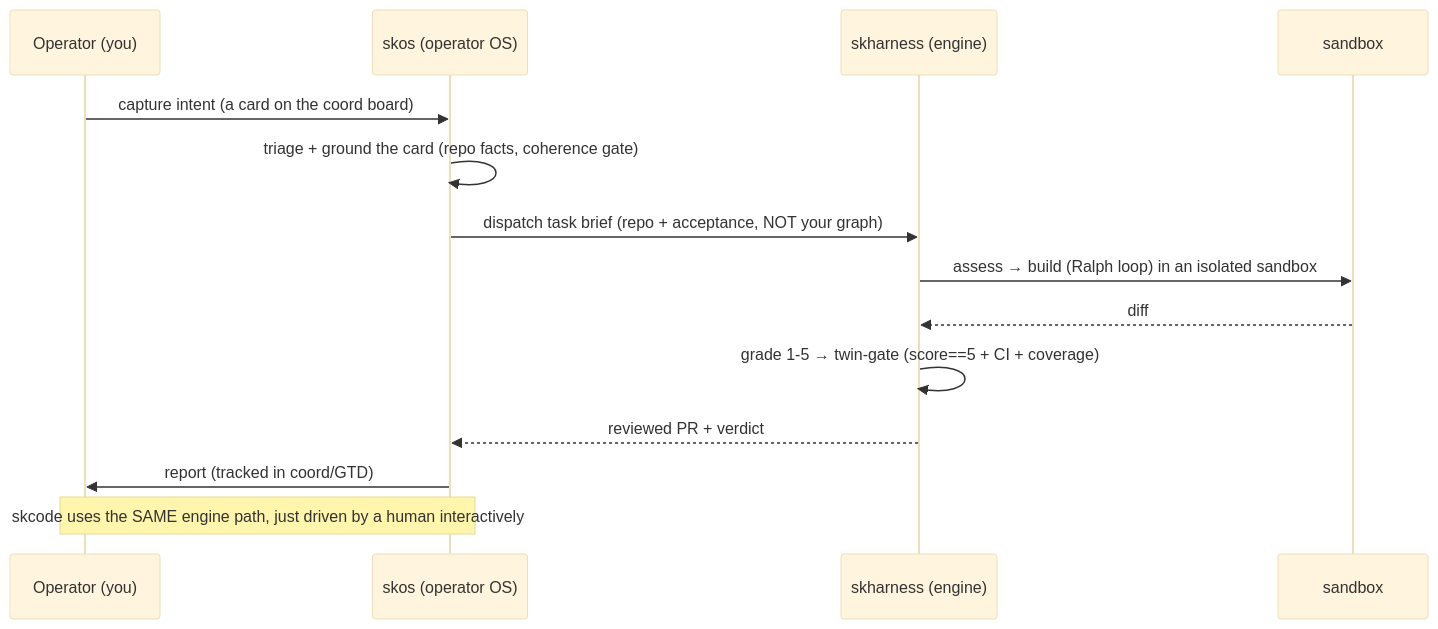
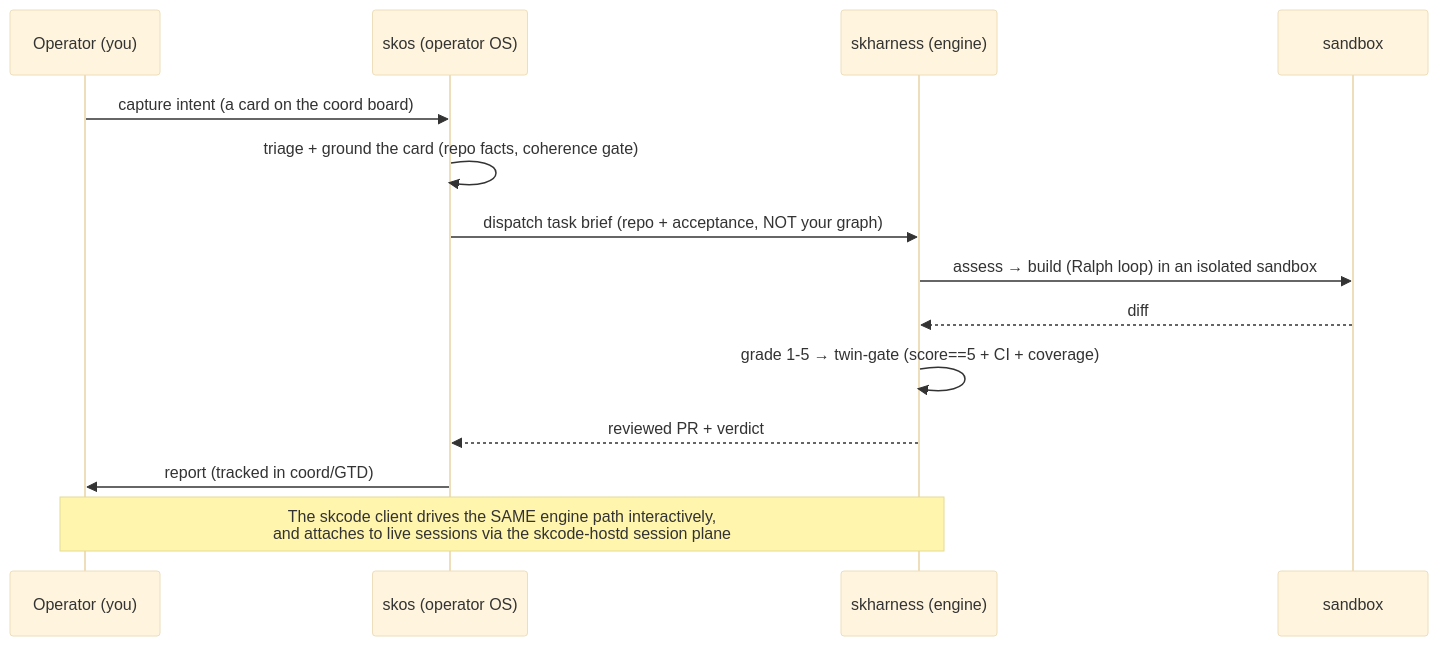
One commit to smilinTux/sk-standards changed the second of 2 diagrams in decisions/ADR-0001-skos-skharness-skcode-layering.md. Above: the diagram before and after it, drawn with Mermaid (base theme). The commit also changed other lines of this file, not shown here.

First line of the commit message:
docs(adr): correct ADR-0001 to as-built (skcode ships in skharness/skchat-app/skcapstone)

````diff
--- a/decisions/ADR-0001-skos-skharness-skcode-layering.md
+++ b/decisions/ADR-0001-skos-skharness-skcode-layering.md
@@ -90,16 +113,16 @@
 ```mermaid
 sequenceDiagram
     participant U as Operator (you)
     participant OS as skos (operator OS)
     participant H as skharness (engine)
     participant S as sandbox
     U->>OS: capture intent (a card on the coord board)
     OS->>OS: triage + ground the card (repo facts, coherence gate)
     OS->>H: dispatch task brief (repo + acceptance, NOT your graph)
     H->>S: assess → build (Ralph loop) in an isolated sandbox
     S-->>H: diff
     H->>H: grade 1-5 → twin-gate (score==5 + CI + coverage)
     H-->>OS: reviewed PR + verdict
     OS->>U: report (tracked in coord/GTD)
-    Note over U,OS: skcode uses the SAME engine path, just driven by a human interactively
+    Note over U,H: The skcode client drives the SAME engine path interactively,<br/>and attaches to live sessions via the skcode-hostd session plane
 ```
````
